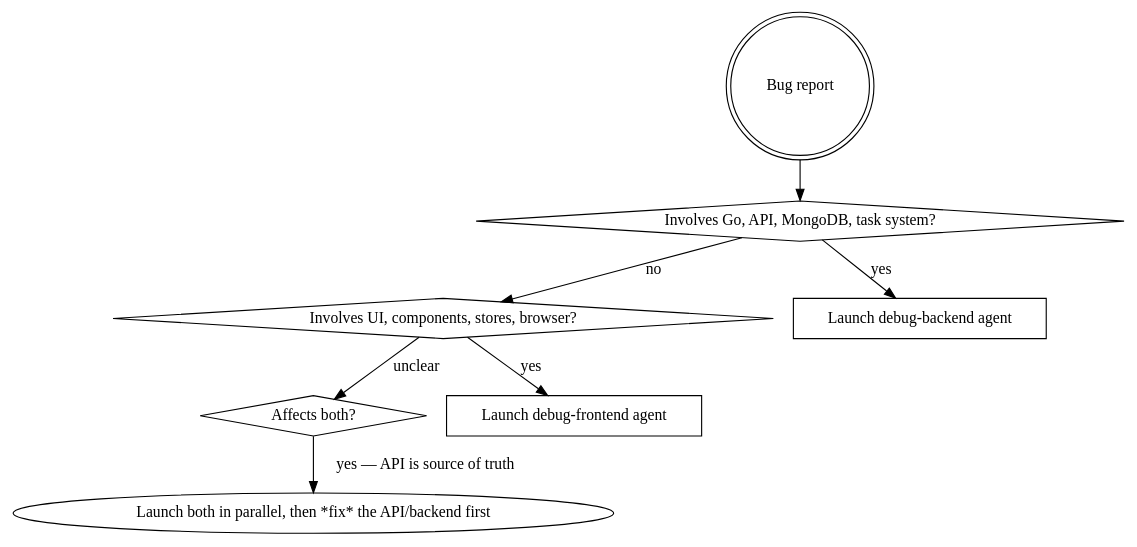
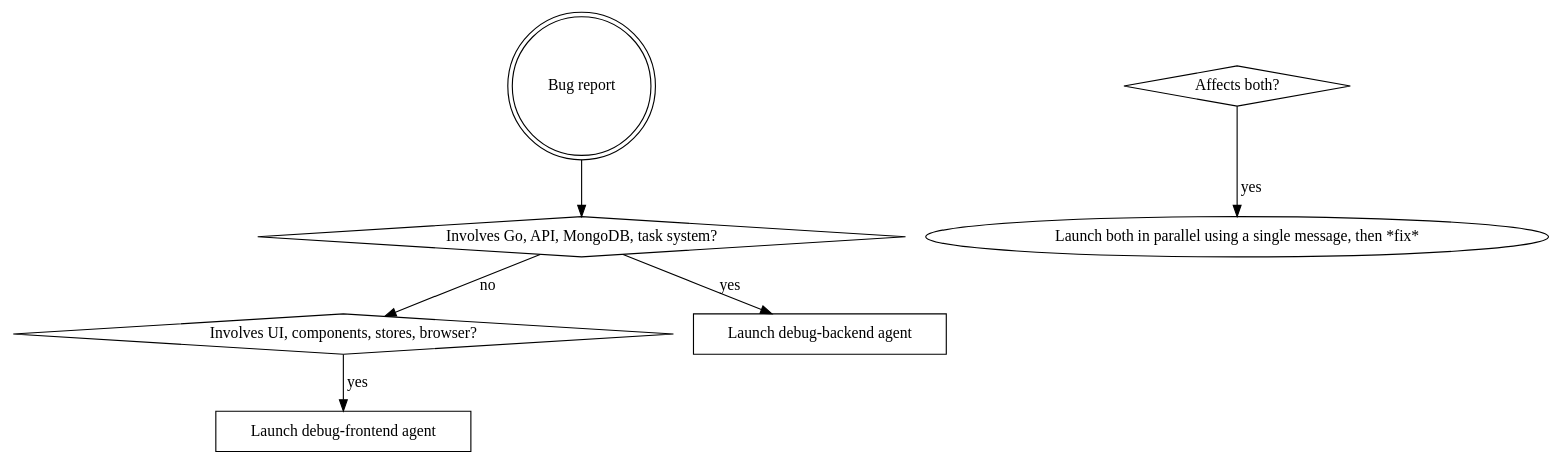
Before and after one commit to ethanrous/weblens: the diagram in .claude/skills/debug-fix/SKILL.md, drawn with Graphviz. The commit also changed other lines of this file and 12 other files, not shown here.

Commit message:
Fix timeline view for shared users

````diff
--- a/.claude/skills/debug-fix/SKILL.md
+++ b/.claude/skills/debug-fix/SKILL.md
@@ -12,17 +12,16 @@
 ```dot
 digraph route {
     "Bug report" [shape=doublecircle];
     "Involves Go, API, MongoDB, task system?" [shape=diamond];
     "Involves UI, components, stores, browser?" [shape=diamond];
     "Affects both?" [shape=diamond];
     "Launch debug-backend agent" [shape=box];
     "Launch debug-frontend agent" [shape=box];
 
     "Bug report" -> "Involves Go, API, MongoDB, task system?";
     "Involves Go, API, MongoDB, task system?" -> "Launch debug-backend agent" [label="yes"];
     "Involves Go, API, MongoDB, task system?" -> "Involves UI, components, stores, browser?" [label="no"];
     "Involves UI, components, stores, browser?" -> "Launch debug-frontend agent" [label="yes"];
-    "Involves UI, components, stores, browser?" -> "Affects both?" [label="unclear"];
-    "Affects both?" -> "Launch both in parallel, then *fix* the API/backend first" [label="yes — API is source of truth"];
+    "Affects both?" -> "Launch both in parallel using a single message, then *fix*" [label="yes"];
 }
 ```
````
